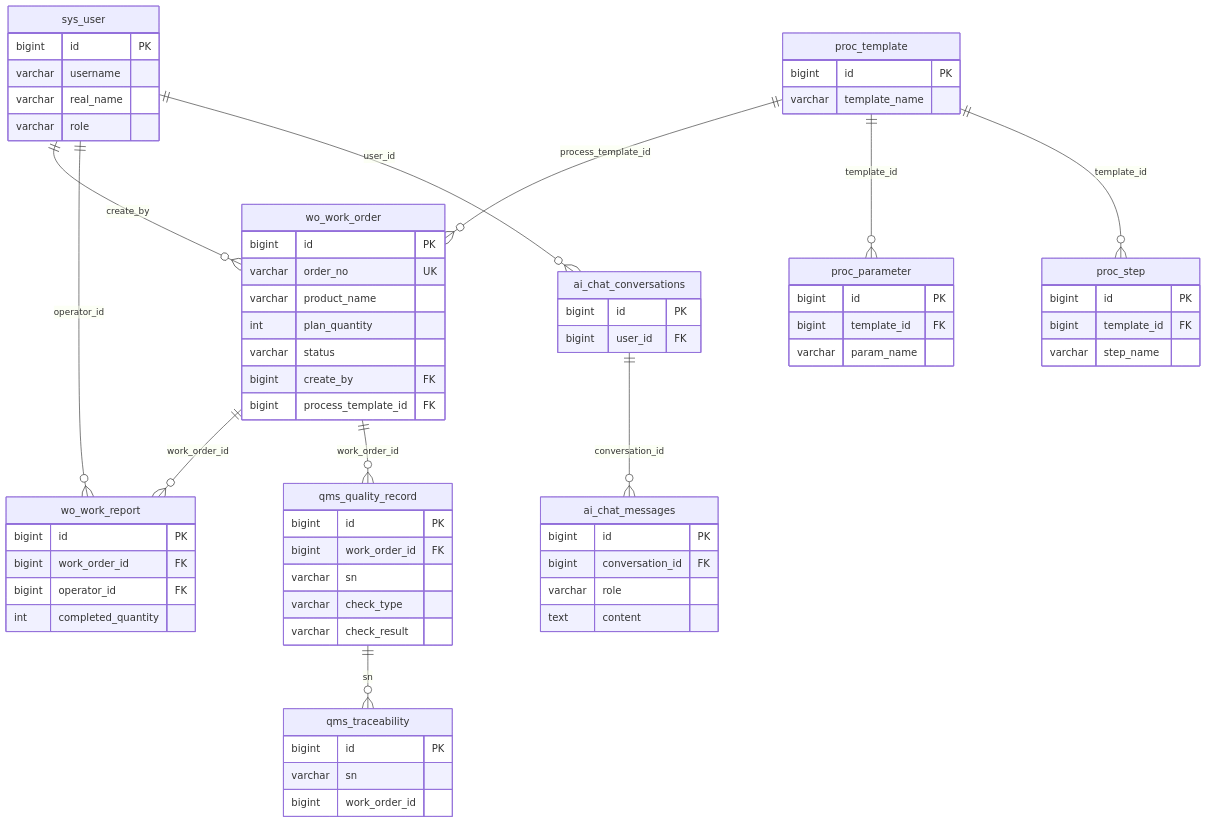
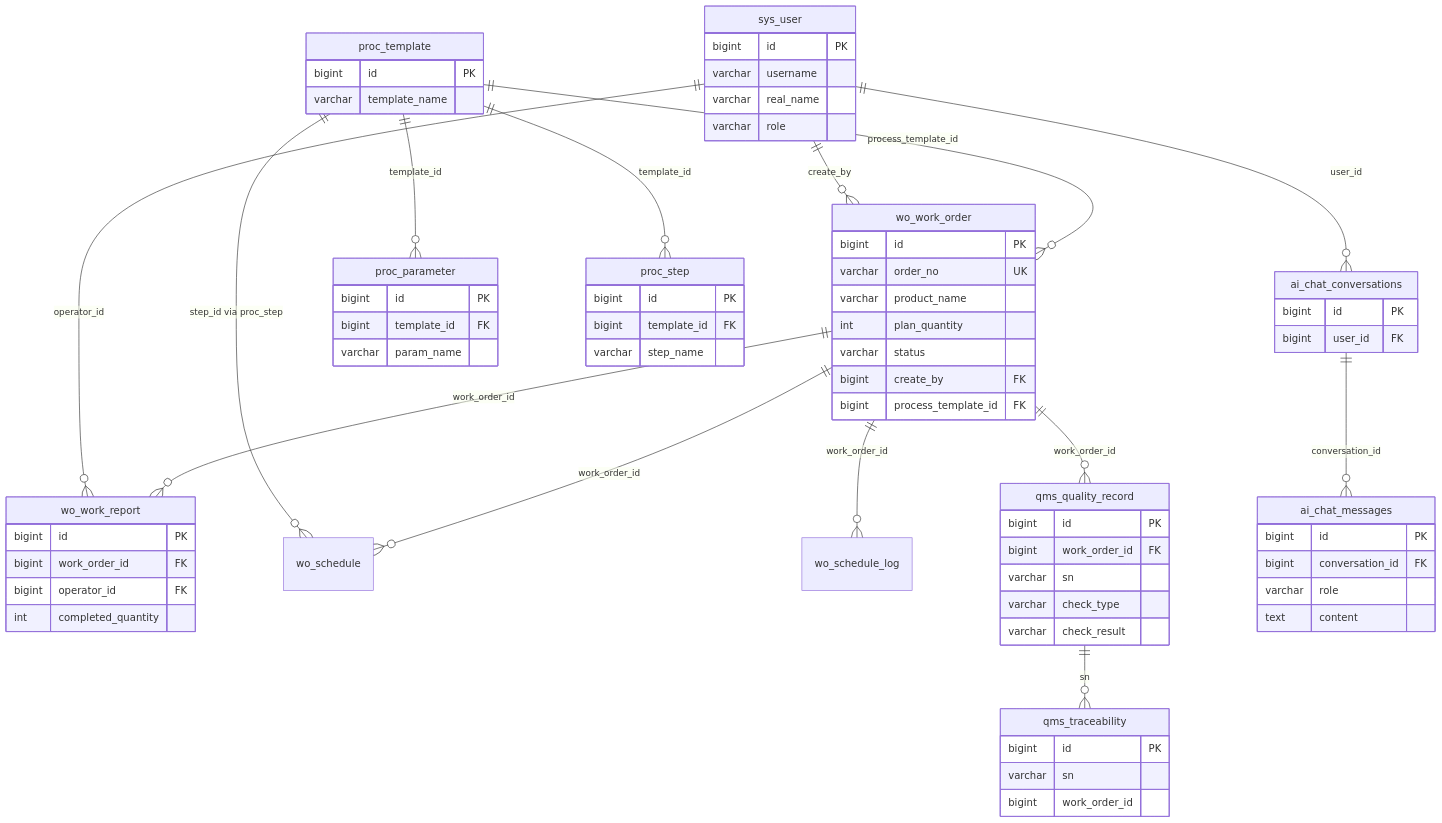
Before and after one commit to xianshi3/Smart-Factory-MES-System: the diagram in docs/DATABASE.md, drawn with Mermaid. The commit also changed other lines of this file and 1 other file, not shown here.

````diff
--- a/docs/DATABASE.md
+++ b/docs/DATABASE.md
@@ -376,71 +469,74 @@
 ```mermaid
 erDiagram
     sys_user ||--o{ wo_work_order : "create_by"
     sys_user ||--o{ wo_work_report : "operator_id"
     sys_user ||--o{ ai_chat_conversations : "user_id"
     proc_template ||--o{ wo_work_order : "process_template_id"
     proc_template ||--o{ proc_parameter : "template_id"
     proc_template ||--o{ proc_step : "template_id"
+    proc_template ||--o{ wo_schedule : "step_id via proc_step"
     wo_work_order ||--o{ wo_work_report : "work_order_id"
+    wo_work_order ||--o{ wo_schedule : "work_order_id"
+    wo_work_order ||--o{ wo_schedule_log : "work_order_id"
     wo_work_order ||--o{ qms_quality_record : "work_order_id"
     qms_quality_record ||--o{ qms_traceability : "sn"
     ai_chat_conversations ||--o{ ai_chat_messages : "conversation_id"
 
     sys_user {
         bigint id PK
         varchar username
         varchar real_name
         varchar role
     }
     wo_work_order {
         bigint id PK
         varchar order_no UK
         varchar product_name
         int plan_quantity
         varchar status
         bigint create_by FK
         bigint process_template_id FK
     }
     wo_work_report {
         bigint id PK
         bigint work_order_id FK
         bigint operator_id FK
         int completed_quantity
     }
     proc_template {
         bigint id PK
         varchar template_name
     }
     proc_parameter {
         bigint id PK
         bigint template_id FK
         varchar param_name
     }
     proc_step {
         bigint id PK
         bigint template_id FK
         varchar step_name
     }
     qms_quality_record {
         bigint id PK
         bigint work_order_id FK
         varchar sn
         varchar check_type
         varchar check_result
     }
     qms_traceability {
         bigint id PK
         varchar sn
         bigint work_order_id
     }
     ai_chat_conversations {
         bigint id PK
         bigint user_id FK
     }
     ai_chat_messages {
         bigint id PK
         bigint conversation_id FK
         varchar role
         text content
     }
 ```
````
